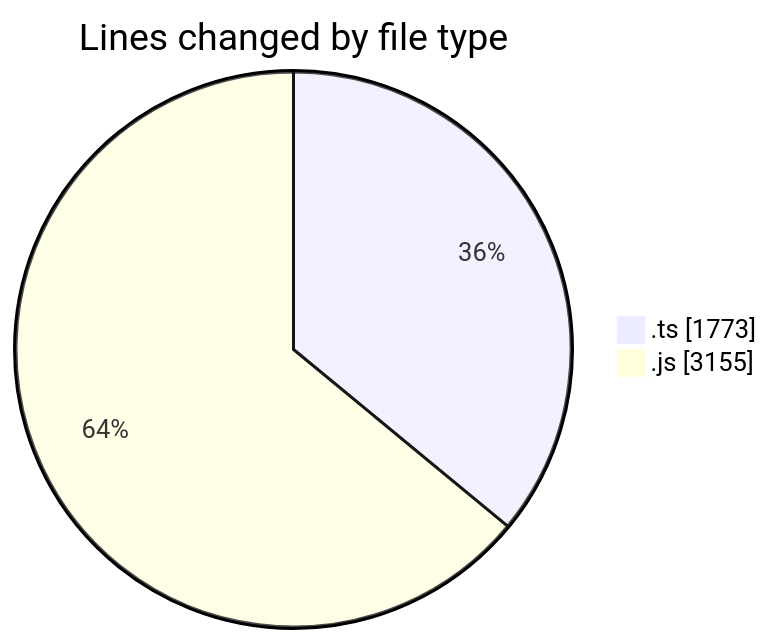
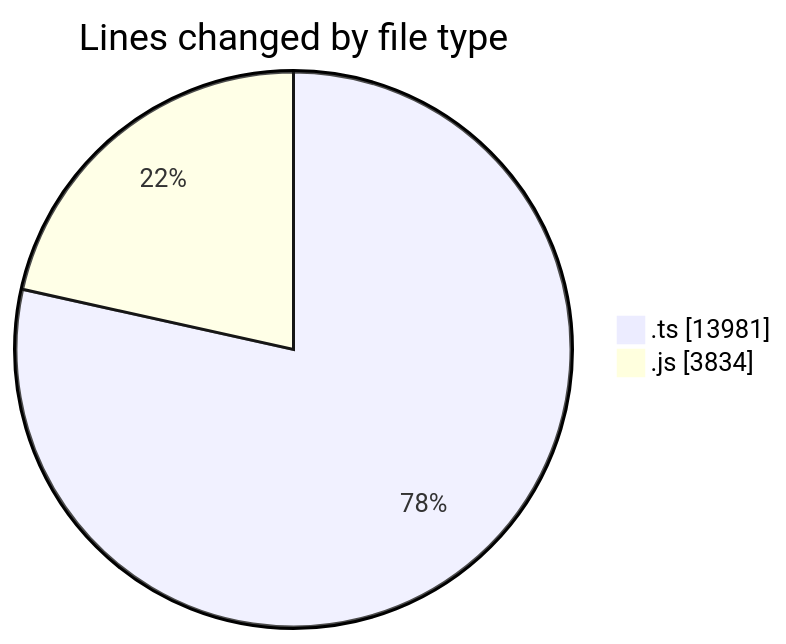
The first of 2 diagrams in 2025-07-29/cda/README.md (momahboobian/code-tracking), drawn with Mermaid before and after one commit. The commit also changed other lines of this file and 1 other file, not shown here.

````diff
--- a/2025-07-29/cda/README.md
+++ b/2025-07-29/cda/README.md
@@ -24,6 +25,6 @@
 ```mermaid
 pie showData
 title Lines changed by file type
-".ts" : 1773
-".js" : 3155
+".ts" : 13981
+".js" : 3834
 ```
````
